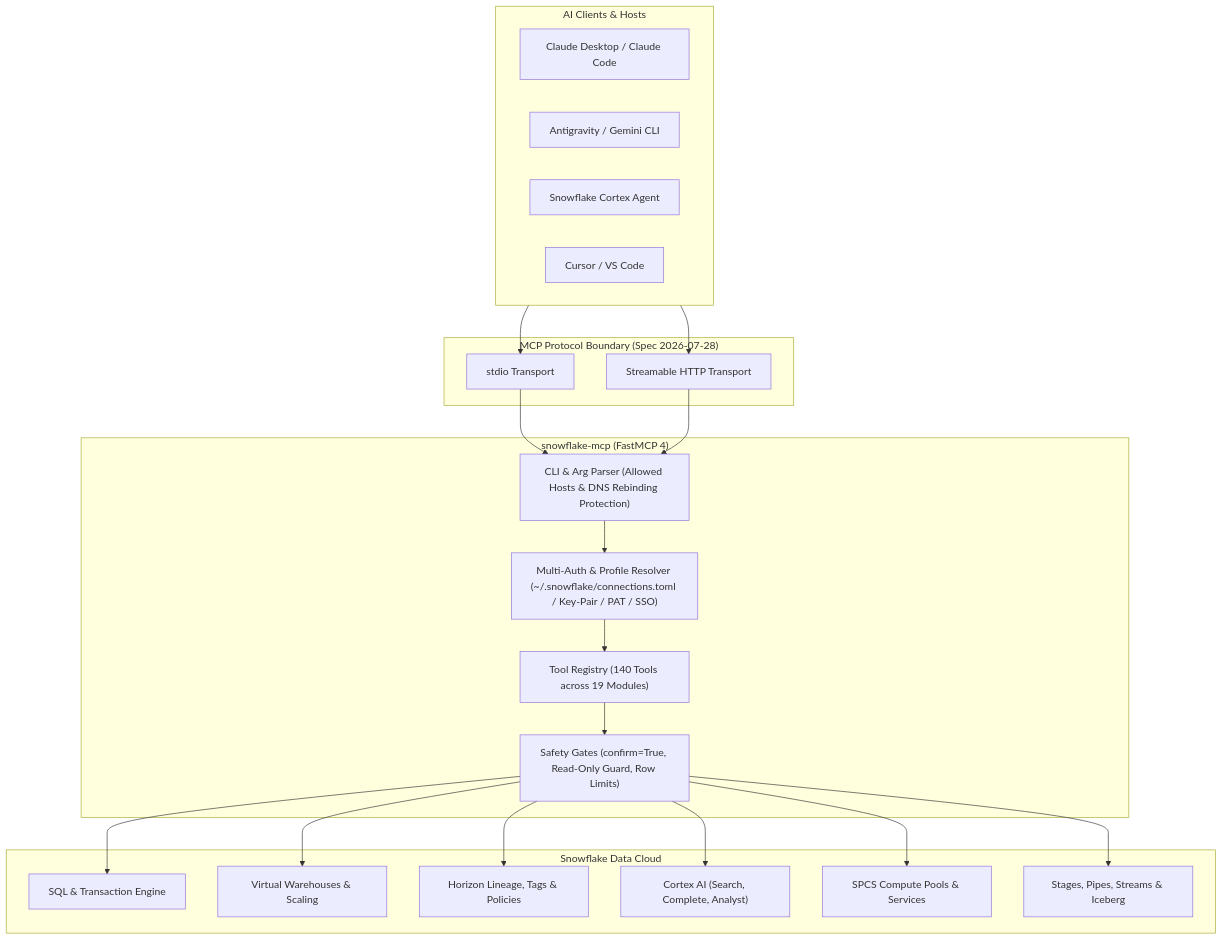
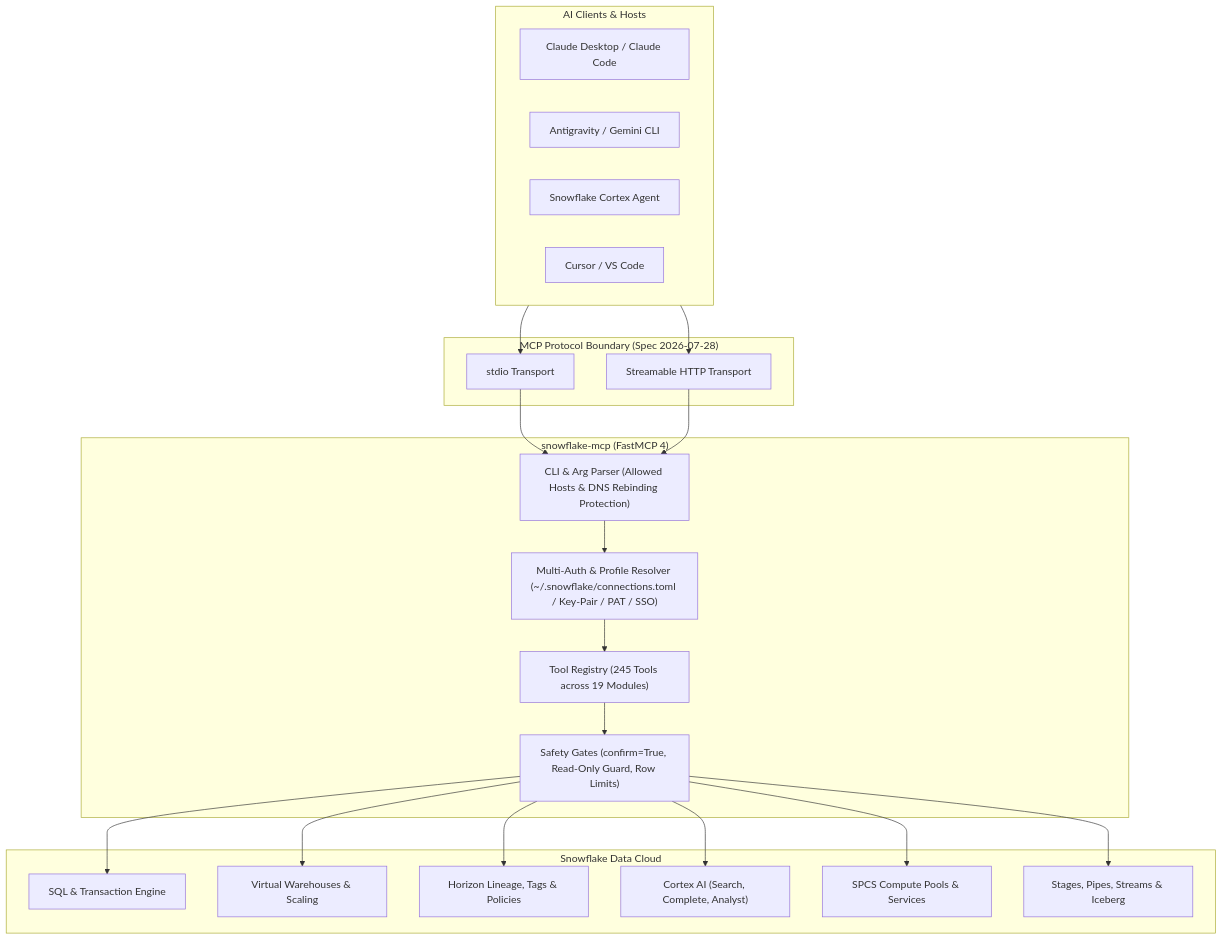
The diagram in README.md (christianclaudio/mcp-server-snowflake), drawn with Mermaid before and after one commit. The commit also changed other lines of this file and 47 other files, not shown here.

````diff
--- a/README.md
+++ b/README.md
@@ -18,37 +18,37 @@
 ```mermaid
 flowchart TD
     subgraph Clients["AI Clients & Hosts"]
         Claude["Claude Desktop / Claude Code"]
         Antigravity["Antigravity / Gemini CLI"]
         CortexClient["Snowflake Cortex Agent"]
         Cursor["Cursor / VS Code"]
     end
 
     subgraph Protocol["MCP Protocol Boundary (Spec 2026-07-28)"]
         STDIO["stdio Transport"]
         HTTP["Streamable HTTP Transport"]
     end
 
     subgraph Server["snowflake-mcp (FastMCP 4)"]
         CLI["CLI & Arg Parser (Allowed Hosts & DNS Rebinding Protection)"]
         Auth["Multi-Auth & Profile Resolver (~/.snowflake/connections.toml / Key-Pair / PAT / SSO)"]
-        Registry["Tool Registry (140 Tools across 19 Modules)"]
+        Registry["Tool Registry (245 Tools across 19 Modules)"]
         Safety["Safety Gates (confirm=True, Read-Only Guard, Row Limits)"]
     end
 
     subgraph Cloud["Snowflake Data Cloud"]
         SQL["SQL & Transaction Engine"]
         Warehouses["Virtual Warehouses & Scaling"]
         Horizon["Horizon Lineage, Tags & Policies"]
         Cortex["Cortex AI (Search, Complete, Analyst)"]
         SPCS["SPCS Compute Pools & Services"]
         Storage["Stages, Pipes, Streams & Iceberg"]
     end
 
     Clients --> STDIO & HTTP
     STDIO & HTTP --> CLI
     CLI --> Auth
     Auth --> Registry
     Registry --> Safety
     Safety --> SQL & Warehouses & Horizon & Cortex & SPCS & Storage
 ```
````
